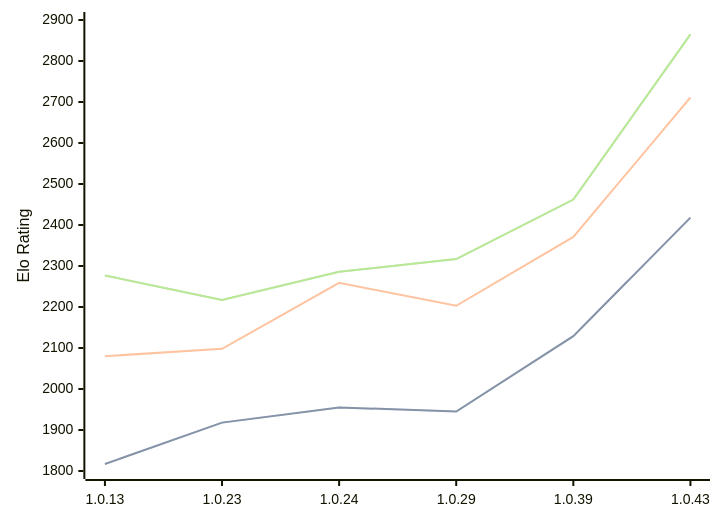
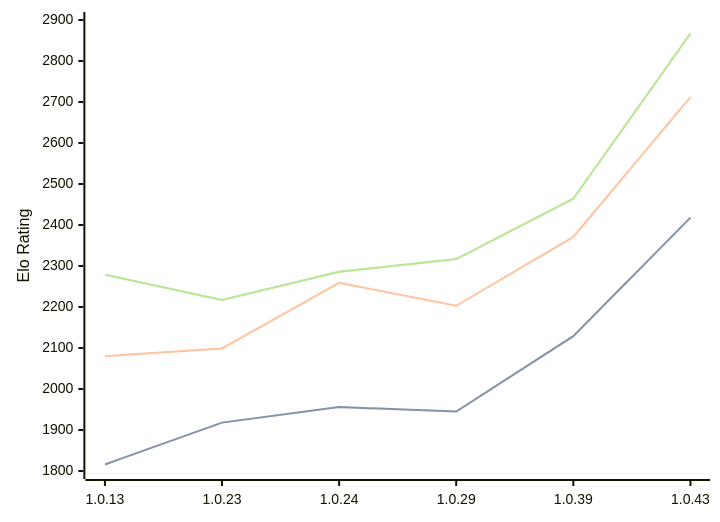
The diagram in engines/RustyRival.md (computer-chess-index/cci), drawn with Mermaid before and after one commit. The commit also changed other lines of this file, not shown here.

Commit message:
Update CCI Ratings (ELO VLTC) - 2026-05-05

````diff
--- a/engines/RustyRival.md
+++ b/engines/RustyRival.md
@@ -68,11 +68,11 @@
 ```mermaid
 %%{init: {"theme":"base","themeVariables":{"seriesColors:['#a3a3a3','#222221','#faa371']}}}%%
 xychart-beta
   x-axis ["1.0.13", "1.0.23", "1.0.24", "1.0.29", "1.0.39", "1.0.43"]
   y-axis "Elo Rating" 1800 --> 2900
-  line "STC (8.0+0.08s)" [1817, 1918, 1955, 1945, 2129, 2418]
-  line "STC (8.0+0.08s)" [1817, 1918, 1955, 1945, 2129, 2418]
-  line "LTC (60.0+0.60s)" [2080, 2098, 2259, 2203, 2371, 2711]
-  line "VLTC (2m24s+1.12s)" [2277, 2217, 2286, 2317, 2462, 2865]
-  line "VLTC (2m24s+1.12s)" [2277, 2217, 2286, 2317, 2462, 2865]
+  line "STC (8.0+0.08s)" [1816, 1918, 1956, 1945, 2129, 2418]
+  line "STC (8.0+0.08s)" [1816, 1918, 1956, 1945, 2129, 2418]
+  line "LTC (60.0+0.60s)" [2080, 2099, 2259, 2203, 2371, 2712]
+  line "VLTC (2m24s+1.12s)" [2279, 2217, 2286, 2317, 2464, 2867]
+  line "VLTC (2m24s+1.12s)" [2279, 2217, 2286, 2317, 2464, 2867]
 ```
````
